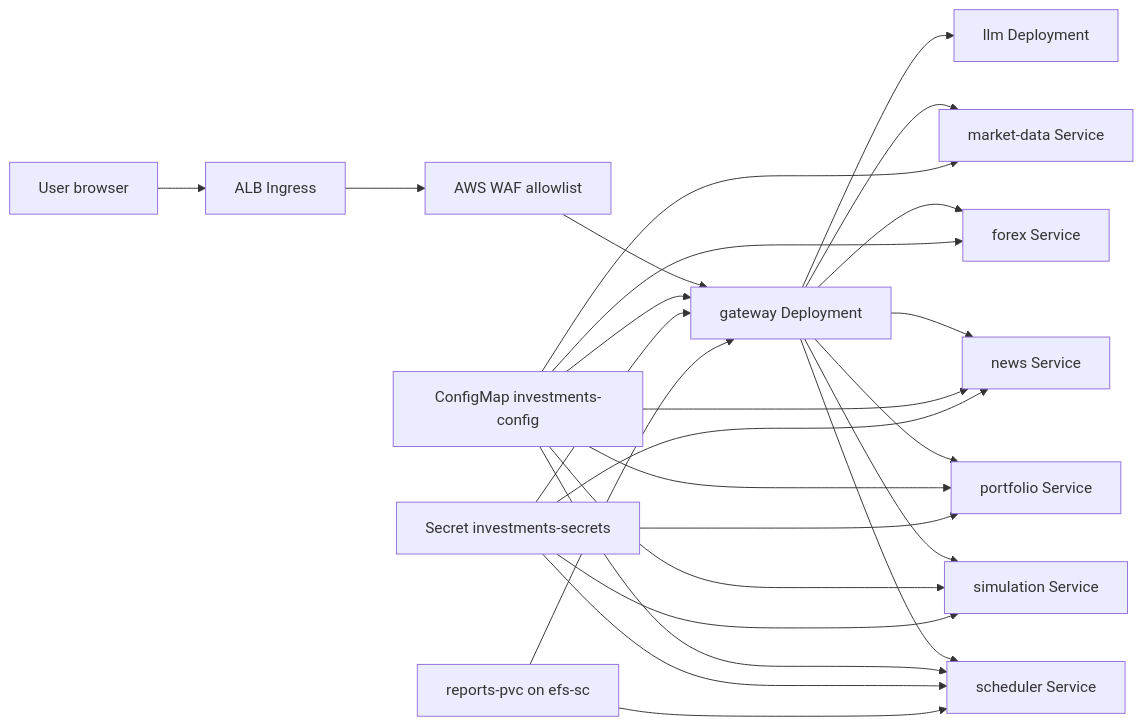
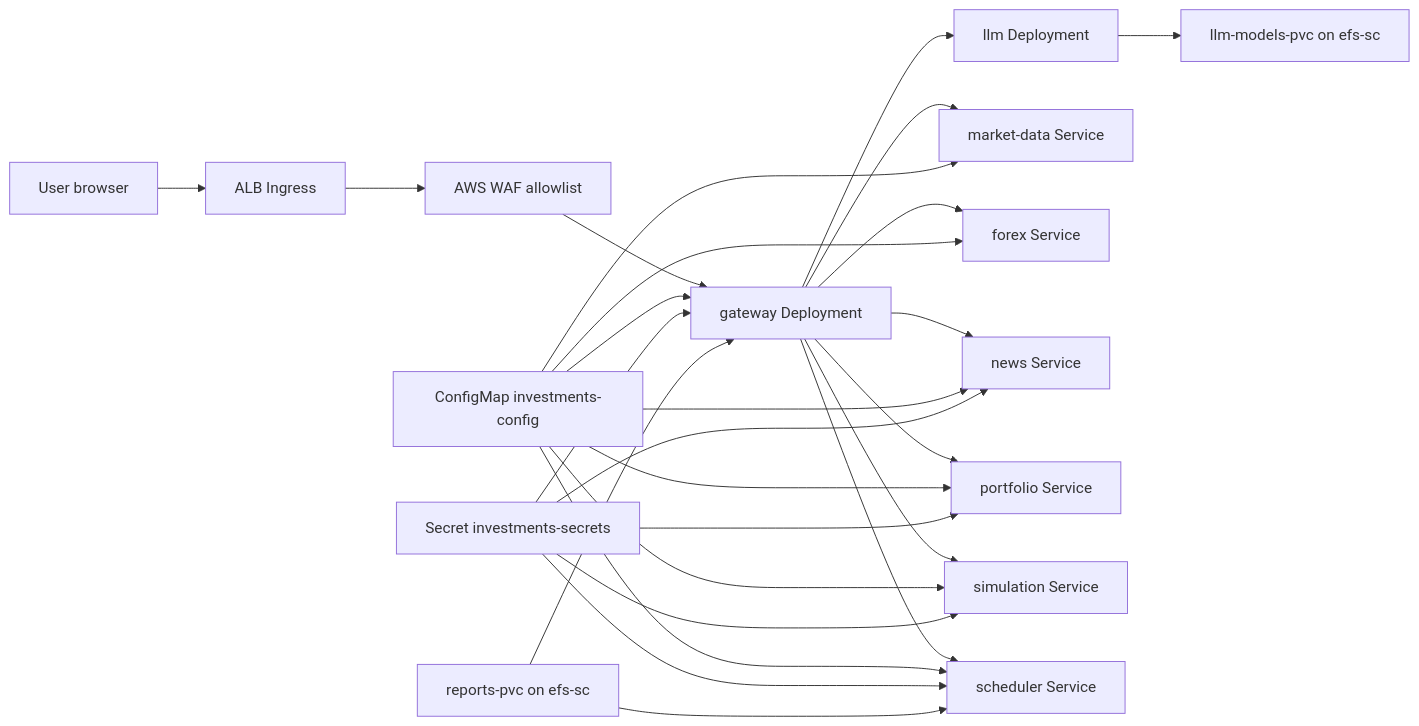
One commit to Investments-Assistant/investments-assistant-k8s changed the diagram in k8s/README.md. Above: the diagram before and after it, drawn with Mermaid. The commit also changed other lines of this file and 11 other files, not shown here.

Commit message:
feat: Enhance LLM deployment with dedicated node group and PVC management

````diff
--- a/k8s/README.md
+++ b/k8s/README.md
@@ -9,31 +9,32 @@
 ```mermaid
 flowchart LR
     User[User browser] --> ALB[ALB Ingress]
     ALB --> WAF[AWS WAF allowlist]
     WAF --> Gateway[gateway Deployment]
     Gateway --> LLM[llm Deployment]
+    LLM --> LLMPVC[llm-models-pvc on efs-sc]
 
     Gateway --> MarketData[market-data Service]
     Gateway --> Forex[forex Service]
     Gateway --> News[news Service]
     Gateway --> Portfolio[portfolio Service]
     Gateway --> Simulation[simulation Service]
     Gateway --> Scheduler[scheduler Service]
 
     Config[ConfigMap investments-config] --> Gateway
     Config --> MarketData
     Config --> Forex
     Config --> News
     Config --> Portfolio
     Config --> Simulation
     Config --> Scheduler
 
     Secret[Secret investments-secrets] --> Gateway
     Secret --> News
     Secret --> Portfolio
     Secret --> Simulation
     Secret --> Scheduler
 
     PVC[reports-pvc on efs-sc] --> Gateway
     PVC --> Scheduler
 ```
````
